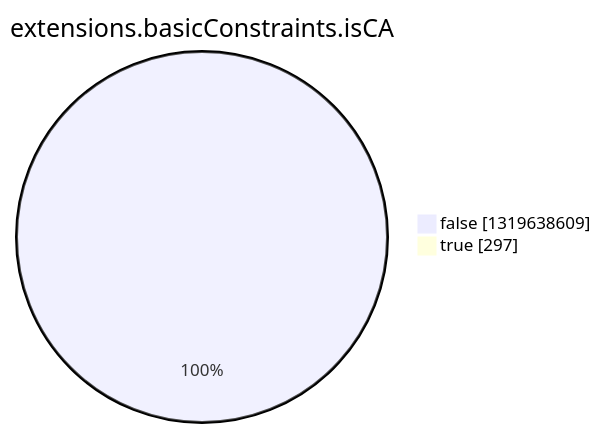
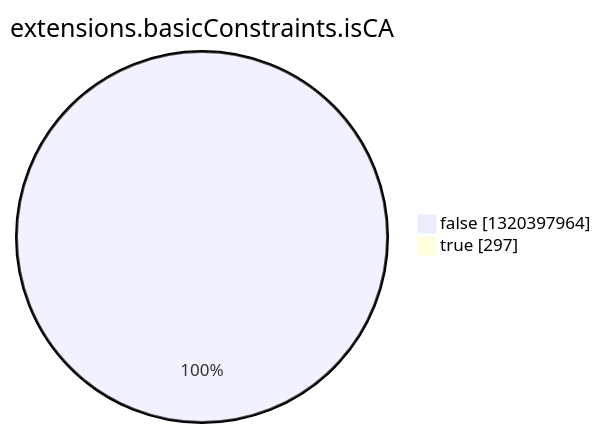
One commit to christiankrug/ctmonitor_visualization changed the eighth of 15 diagrams in argon2022/README.md. Above: the diagram before and after it, drawn with Mermaid. The commit also changed other lines of this file, not shown here.

````diff
--- a/argon2022/README.md
+++ b/argon2022/README.md
@@ -2758,6 +2758,6 @@
 ```mermaid
 pie showData
 title extensions.basicConstraints.isCA
-"false" :1319638609
+"false" :1320397964
 "true" :297
 ```
````
